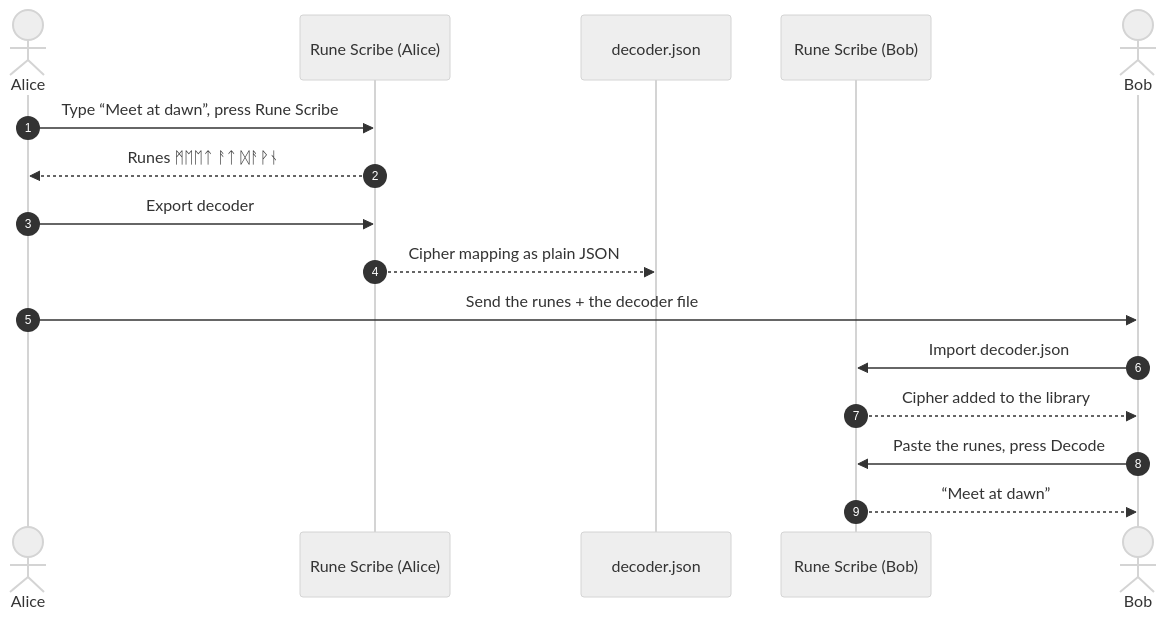
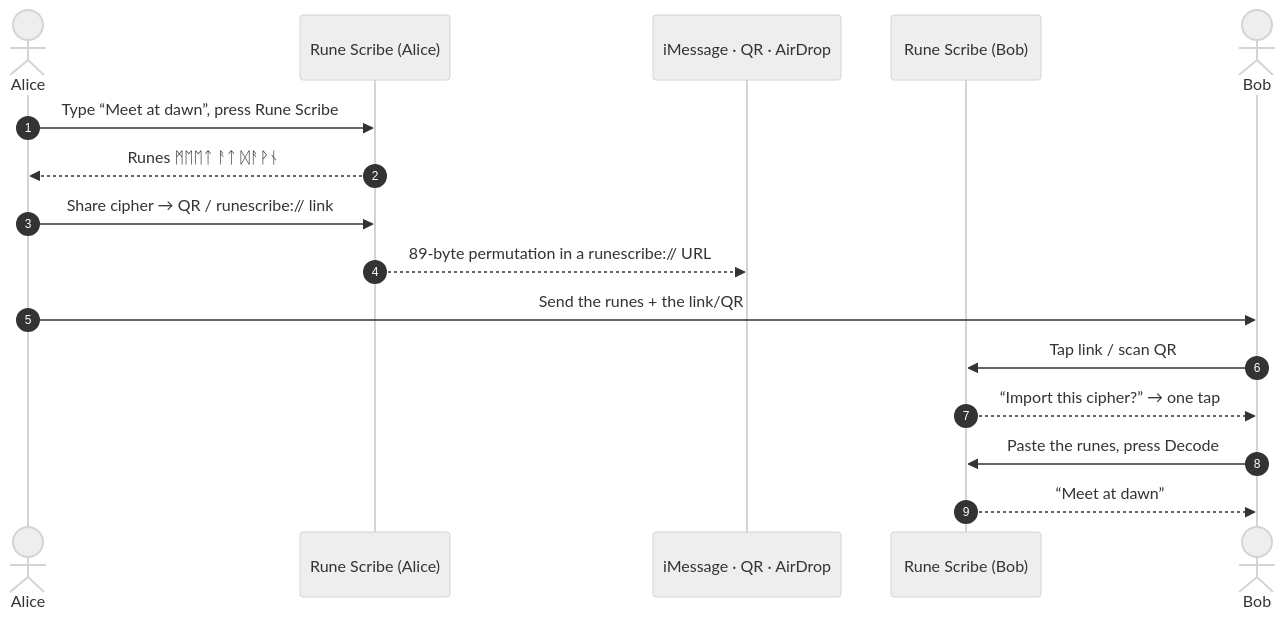
One commit to flynn33/rune-scribe changed the second of 3 diagrams in README.md. Above: the diagram before and after it, drawn with Mermaid (neutral theme). The commit also changed other lines of this file, not shown here.

First line of the commit message:
Refresh the README for v1.0.14: multi-channel cipher sharing and the cold-launch splash

````diff
--- a/README.md
+++ b/README.md
@@ -97,19 +118,19 @@
 ```mermaid
 sequenceDiagram
     autonumber
     actor Alice
     participant App1 as Rune Scribe (Alice)
-    participant File as decoder.json
+    participant Ch as iMessage · QR · AirDrop
     participant App2 as Rune Scribe (Bob)
     actor Bob
 
     Alice->>App1: Type “Meet at dawn”, press Rune Scribe
     App1-->>Alice: Runes  ᛗᛖᛖᛏ ᚨᛏ ᛞᚨᚹᚾ
-    Alice->>App1: Export decoder
-    App1-->>File: Cipher mapping as plain JSON
-    Alice->>Bob: Send the runes + the decoder file
-    Bob->>App2: Import decoder.json
-    App2-->>Bob: Cipher added to the library
+    Alice->>App1: Share cipher → QR / runescribe:// link
+    App1-->>Ch: 89-byte permutation in a runescribe:// URL
+    Alice->>Bob: Send the runes + the link/QR
+    Bob->>App2: Tap link / scan QR
+    App2-->>Bob: “Import this cipher?” → one tap
     Bob->>App2: Paste the runes, press Decode
     App2-->>Bob: “Meet at dawn”
 ```
````
